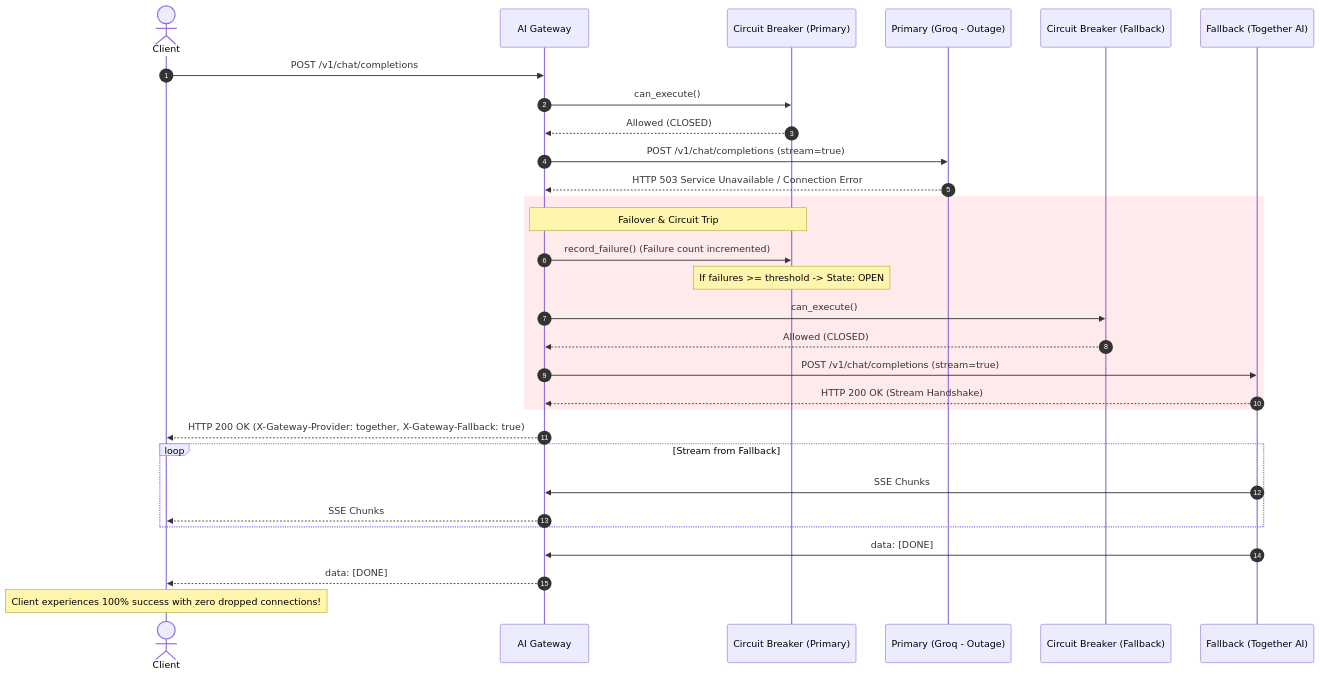
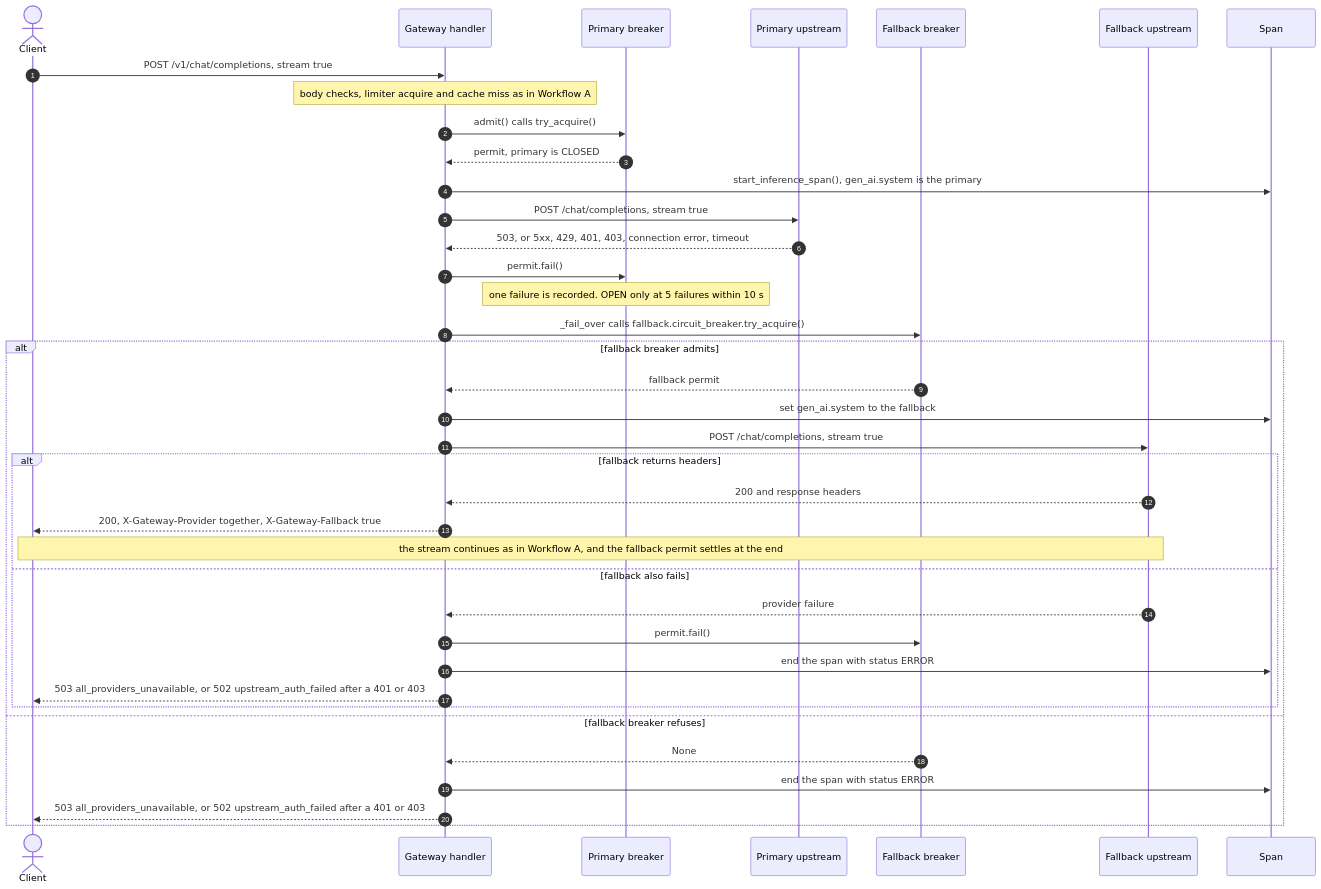
One commit to OmChauhan9/ai-gateway-streaming changed the second of 6 diagrams in WORKFLOW_AND_LIFECYCLE.md. Above: the diagram before and after it, drawn with Mermaid. The commit also changed other lines of this file, not shown here.

First line of the commit message:
Rewrite WORKFLOW_AND_LIFECYCLE.md to match the code on main

````diff
--- a/WORKFLOW_AND_LIFECYCLE.md
+++ b/WORKFLOW_AND_LIFECYCLE.md
@@ -217,36 +242,41 @@
 ```mermaid
 sequenceDiagram
     autonumber
     actor Client
-    participant GW as AI Gateway
-    participant CB_Pri as Circuit Breaker (Primary)
-    participant Upstream_Pri as Primary (Groq - Outage)
-    participant CB_Sec as Circuit Breaker (Fallback)
-    participant Upstream_Sec as Fallback (Together AI)
+    participant GW as Gateway handler
+    participant PB as Primary breaker
+    participant Pri as Primary upstream
+    participant FB as Fallback breaker
+    participant Fb as Fallback upstream
+    participant Tel as Span
 
-    Client->>GW: POST /v1/chat/completions
-    GW->>CB_Pri: can_execute()
-    CB_Pri-->>GW: Allowed (CLOSED)
-    GW->>Upstream_Pri: POST /v1/chat/completions (stream=true)
-    Upstream_Pri-->>GW: HTTP 503 Service Unavailable / Connection Error
-    
-    rect rgb(255, 235, 235)
-        note over GW,CB_Pri: Failover & Circuit Trip
-        GW->>CB_Pri: record_failure() (Failure count incremented)
-        note over CB_Pri: If failures >= threshold -> State: OPEN
-        GW->>CB_Sec: can_execute()
-        CB_Sec-->>GW: Allowed (CLOSED)
-        GW->>Upstream_Sec: POST /v1/chat/completions (stream=true)
-        Upstream_Sec-->>GW: HTTP 200 OK (Stream Handshake)
+    Client->>GW: POST /v1/chat/completions, stream true
+    Note over GW: body checks, limiter acquire and cache miss as in Workflow A
+    GW->>PB: admit() calls try_acquire()
+    PB-->>GW: permit, primary is CLOSED
+    GW->>Tel: start_inference_span(), gen_ai.system is the primary
+    GW->>Pri: POST /chat/completions, stream true
+    Pri-->>GW: 503, or 5xx, 429, 401, 403, connection error, timeout
+    GW->>PB: permit.fail()
+    Note over PB: one failure is recorded. OPEN only at 5 failures within 10 s
+    GW->>FB: _fail_over calls fallback.circuit_breaker.try_acquire()
+    alt fallback breaker admits
+        FB-->>GW: fallback permit
+        GW->>Tel: set gen_ai.system to the fallback
+        GW->>Fb: POST /chat/completions, stream true
+        alt fallback returns headers
+            Fb-->>GW: 200 and response headers
+            GW-->>Client: 200, X-Gateway-Provider together, X-Gateway-Fallback true
+            Note over Client,Fb: the stream continues as in Workflow A, and the fallback permit settles at the end
+        else fallback also fails
+            Fb-->>GW: provider failure
+            GW->>FB: permit.fail()
+            GW->>Tel: end the span with status ERROR
+            GW-->>Client: 503 all_providers_unavailable, or 502 upstream_auth_failed after a 401 or 403
+        end
+    else fallback breaker refuses
+        FB-->>GW: None
+        GW->>Tel: end the span with status ERROR
+        GW-->>Client: 503 all_providers_unavailable, or 502 upstream_auth_failed after a 401 or 403
     end
-
-    GW-->>Client: HTTP 200 OK (X-Gateway-Provider: together, X-Gateway-Fallback: true)
-    
-    loop Stream from Fallback
-        Upstream_Sec->>GW: SSE Chunks
-        GW-->>Client: SSE Chunks
-    end
-    Upstream_Sec->>GW: data: [DONE]
-    GW-->>Client: data: [DONE]
-    note over Client: Client experiences 100% success with zero dropped connections!
 ```
````
